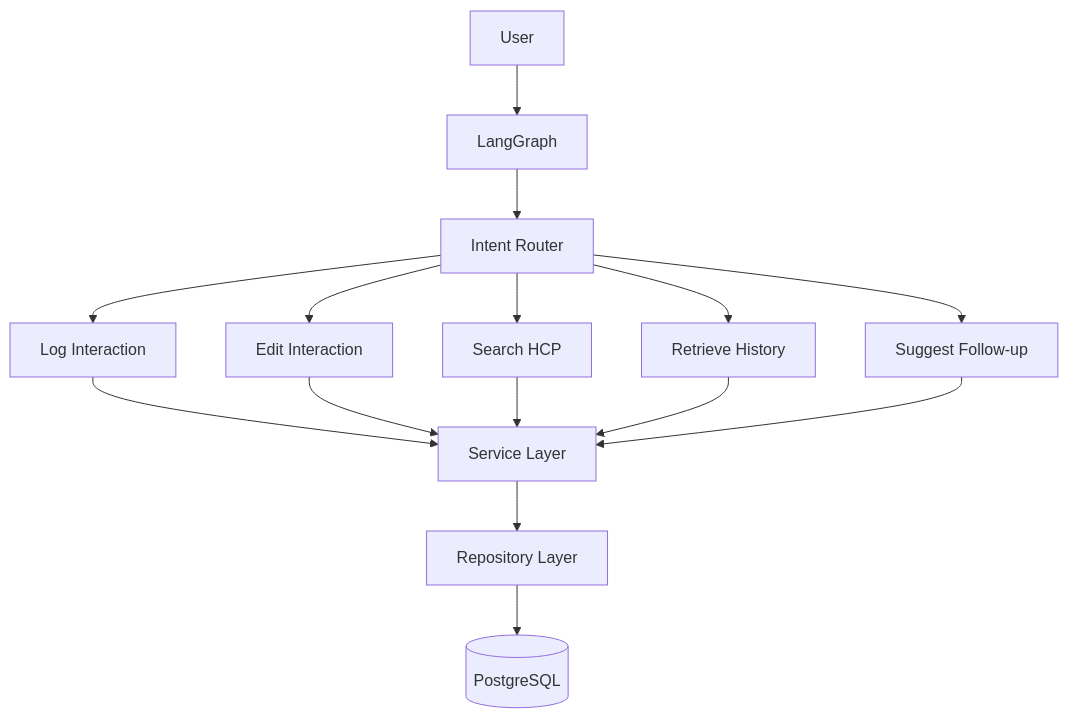
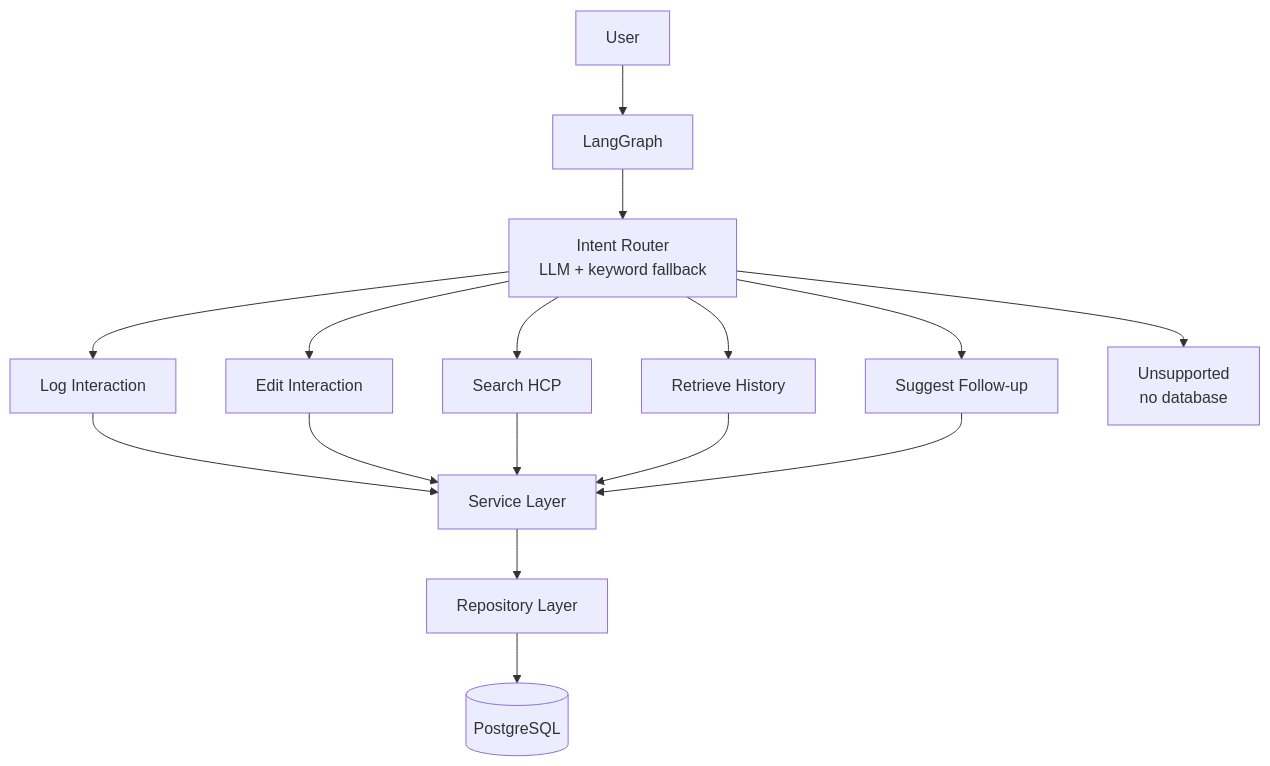
One commit to firrexguptaji/ai-first-crm-hcp changed the diagram in docs/architecture/langgraph.mmd. Above: the diagram before and after it, drawn with Mermaid. The commit also changed 14 other files, not shown here.

```diff
--- a/docs/architecture/langgraph.mmd
+++ b/docs/architecture/langgraph.mmd
@@ -1,37 +1,39 @@
 flowchart TD
 
     U[User]
 
     G[LangGraph]
 
-    R[Intent Router]
+    R[Intent Router<br/>LLM + keyword fallback]
 
     T1[Log Interaction]
     T2[Edit Interaction]
     T3[Search HCP]
     T4[Retrieve History]
     T5[Suggest Follow-up]
+    T6[Unsupported<br/>no database]
 
     S[Service Layer]
 
     REPO[Repository Layer]
 
     DB[(PostgreSQL)]
 
     U --> G
     G --> R
 
     R --> T1
     R --> T2
     R --> T3
     R --> T4
     R --> T5
+    R --> T6
 
     T1 --> S
     T2 --> S
     T3 --> S
     T4 --> S
     T5 --> S
 
     S --> REPO
     REPO --> DB
```
